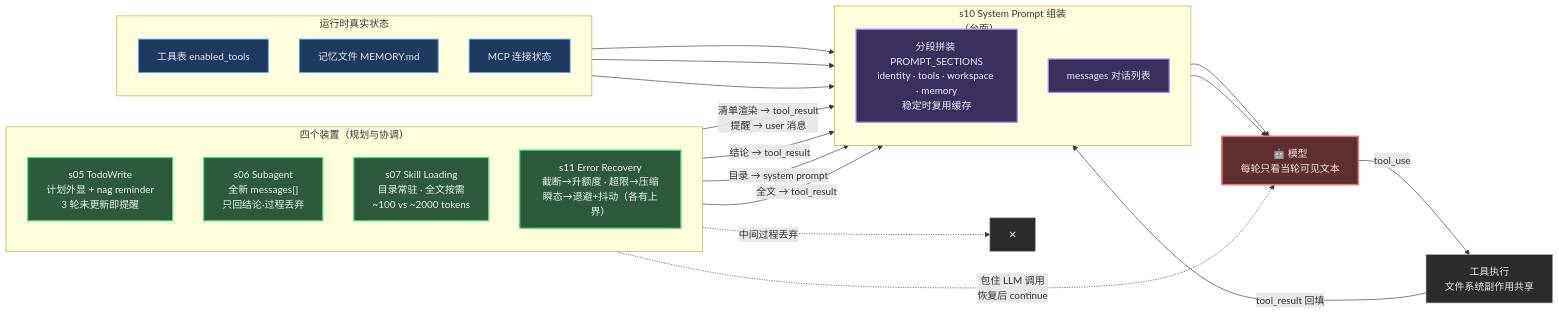
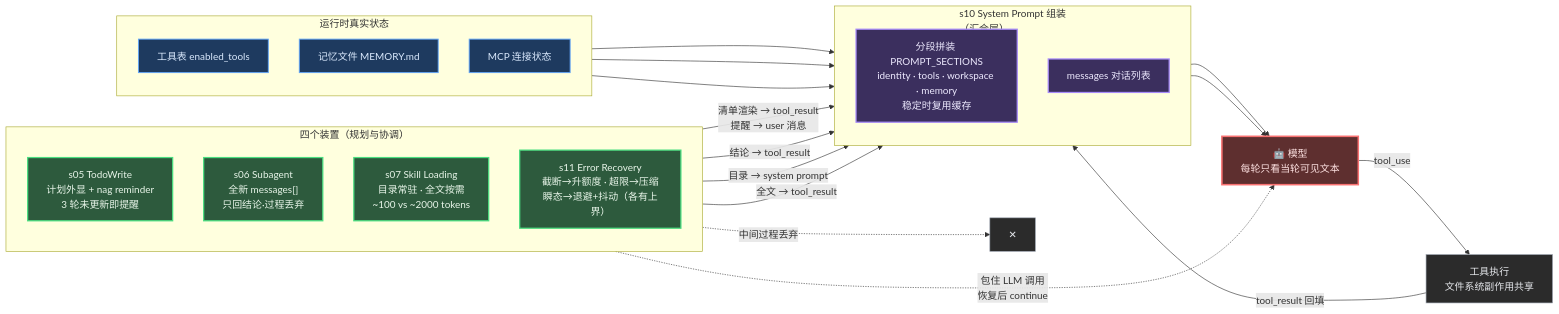
The diagram in docs/assets/mermaid/agent-harness/lcc-planning--panorama.mmd (ThreeFish-AI/negentropy), drawn with Mermaid before and after one commit. The commit also changed 12 other files, not shown here.

First line of the commit message:
fix(research): 精读五篇事实修复与图源隐喻退场（日期例/s10 断言/附录承诺/渲染标记/残留 mermaid/--break 校验/过期回执清除）;

```diff
--- a/docs/assets/mermaid/agent-harness/lcc-planning--panorama.mmd
+++ b/docs/assets/mermaid/agent-harness/lcc-planning--panorama.mmd
@@ -1,53 +1,53 @@
 %% source: docs/research/agent-harness/172-claude-code-planning-coordination.md
 %% slug: lcc-planning--panorama
 %% type: architecture
 %% derived: 五装置经三通道汇入「每轮可见文本」的全貌（s05/s06/s07/s10/s11 + main s15 集成位）
 flowchart LR
     subgraph DEV["四个装置（规划与协调）"]
         direction TB
         TODO["s05 TodoWrite<br/>计划外显 + nag reminder<br/>3 轮未更新即提醒"]
         SUB["s06 Subagent<br/>全新 messages[]<br/>只回结论·过程丢弃"]
         SKILL["s07 Skill Loading<br/>目录常驻 · 全文按需<br/>~100 vs ~2000 tokens"]
         RECOV["s11 Error Recovery<br/>截断→升额度 · 超限→压缩<br/>瞬态→退避+抖动（各有上界）"]
     end
 
     subgraph STATE["运行时真实状态"]
         direction TB
         TOOLS["工具表 enabled_tools"]
         MEMFILE["记忆文件 MEMORY.md"]
         MCP["MCP 连接状态"]
     end
 
-    subgraph ASSEMBLE["s10 System Prompt 组装<br/>（台面）"]
+    subgraph ASSEMBLE["s10 System Prompt 组装<br/>（汇合层）"]
         direction TB
         SP["分段拼装 PROMPT_SECTIONS<br/>identity · tools · workspace · memory<br/>稳定时复用缓存"]
         MSGQ["messages 对话列表"]
     end
 
     MODEL["🤖 模型<br/>每轮只看当轮可见文本"]
     WORK["工具执行<br/>文件系统副作用共享"]
 
     TODO -- "清单渲染 → tool_result<br/>提醒 → user 消息" --> MSGQ
     SUB -- "结论 → tool_result" --> MSGQ
     SUB -. "中间过程丢弃" .-> X["✕"]
     SKILL -- "目录 → system prompt" --> SP
     SKILL -- "全文 → tool_result" --> MSGQ
     TOOLS --> SP
     MEMFILE --> SP
     MCP --> SP
     SP --> MODEL
     MSGQ --> MODEL
     RECOV -. "包住 LLM 调用<br/>恢复后 continue" .-> MODEL
     MODEL -- "tool_use" --> WORK
     WORK -- "tool_result 回填" --> MSGQ
 
     classDef device fill:#2d5a3d,stroke:#4ade80,stroke-width:2px,color:#e8f5e9
     classDef state fill:#1e3a5f,stroke:#60a5fa,stroke-width:1.5px,color:#dbeafe
     classDef stage fill:#3b2f5e,stroke:#a78bfa,stroke-width:2px,color:#ede9fe
     classDef core fill:#5e2f2f,stroke:#f87171,stroke-width:2.5px,color:#fee2e2
     classDef plain fill:#2b2b2b,stroke:#9ca3af,stroke-width:1px,color:#e5e7eb
     class TODO,SUB,SKILL,RECOV device
     class TOOLS,MEMFILE,MCP state
     class SP,MSGQ stage
     class MODEL core
     class WORK,X plain
```
